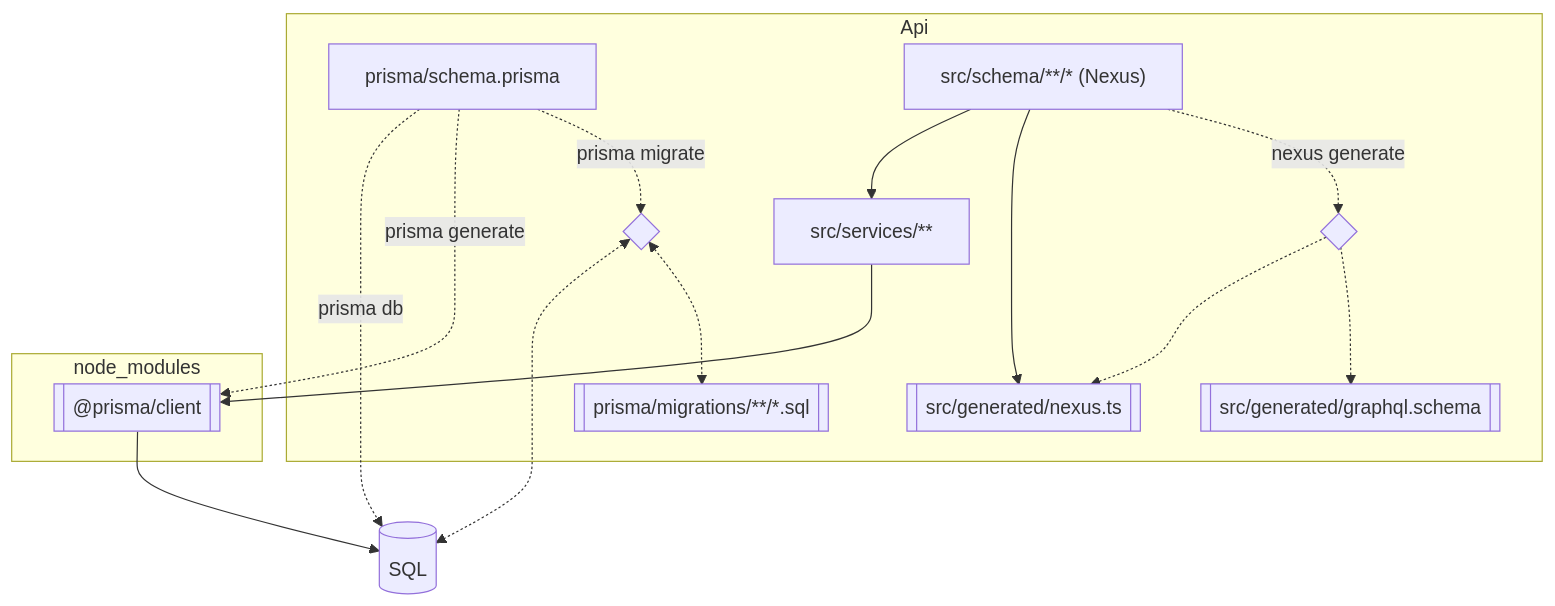
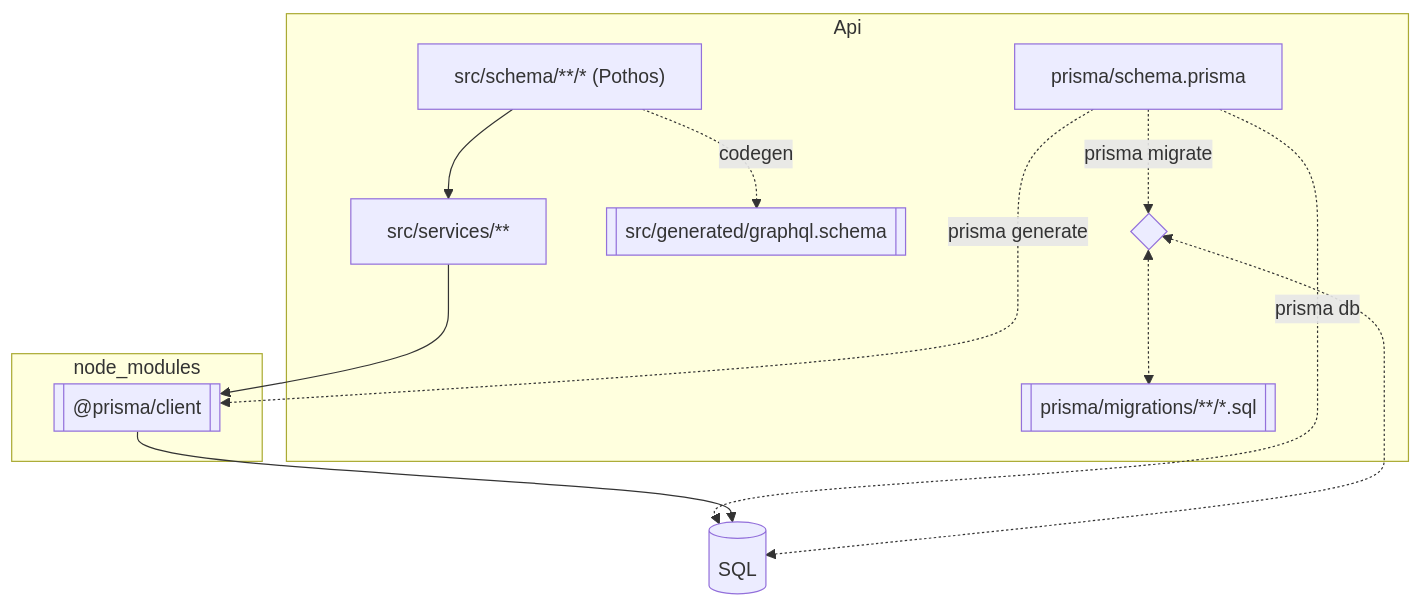
Before and after one commit to OpenSkool/OpenSkool: the diagram in api/README.md, drawn with Mermaid. The commit also changed other lines of this file, not shown here.

Commit message:
📝 update pothos documentation

````diff
--- a/api/README.md
+++ b/api/README.md
@@ -35,36 +35,31 @@
 ```mermaid
 flowchart
   subgraph Api
     prisch[prisma/schema.prisma]
     primig{ }
     prisch -.-> |prisma migrate| primig
 
     pmsql[[prisma/migrations/**/*.sql]]
     primig <-.-> pmsql
 
-    nexsch["src/schema/**/* (Nexus)"]
-    nexgen{ }
-    nexsch -.-> |nexus generate| nexgen
+    schema["src/schema/**/* (Pothos)"]
+    schema -.-> |codegen| codgen
 
-    nexgengql[[src/generated/graphql.schema]]
-    nexgentyp[[src/generated/nexus.ts]]
-    nexgen -.-> nexgengql
-    nexgen -.-> nexgentyp
-    nexsch --> nexgentyp
+    codgen[[src/generated/graphql.schema]]
 
     domain[src/services/**]
-    nexsch --> domain
+    schema --> domain
   end
 
   subgraph node_modules
     prityp[["@prisma/client"]]
   end
 
   domain --> prityp
   prisch -.-> |prisma generate| prityp
 
   db[(SQL)]
   prisch -.-> |prisma db| db
   prityp --> db
   primig <-.-> db
 ```
````
